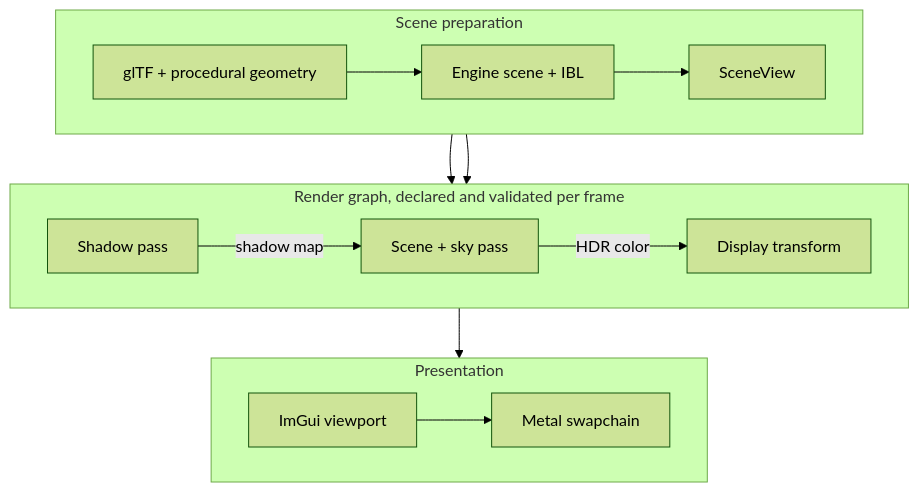
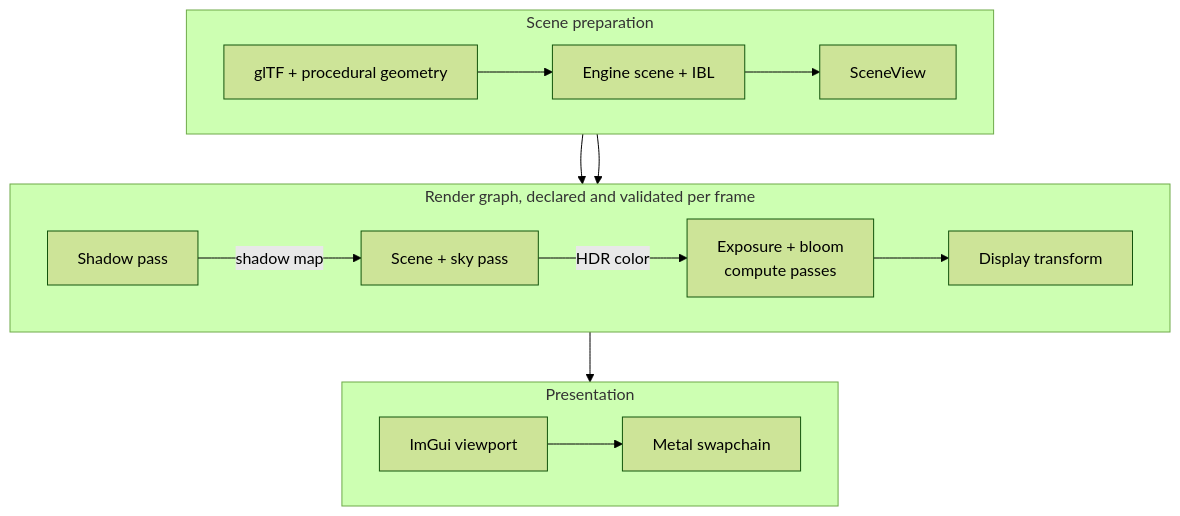
Before and after one commit to AmanThuL/Luminex: the first of 2 diagrams in README.md, drawn with Mermaid (forest theme). The commit also changed other lines of this file and 84 other files, not shown here.

First line of the commit message:
render: add graph execution and GPU diagnostics (M5, #10)

````diff
--- a/README.md
+++ b/README.md
@@ -40,18 +40,18 @@
 ```mermaid
 flowchart TB
     subgraph Scene["Scene preparation"]
         direction LR
         Assets["glTF + procedural geometry"] --> Engine["Engine scene + IBL"] --> View["SceneView"]
     end
     subgraph Frame["Render graph, declared and validated per frame"]
         direction LR
-        Shadow["Shadow pass"] -->|shadow map| Scene2["Scene + sky pass"] -->|HDR color| Display["Display transform"]
+        Shadow["Shadow pass"] -->|shadow map| Scene2["Scene + sky pass"] -->|HDR color| Post["Exposure + bloom<br/>compute passes"] --> Display["Display transform"]
     end
     subgraph Presentation
         direction LR
         UI["ImGui viewport"] --> Present["Metal swapchain"]
     end
     View --> Shadow
     View --> Scene2
     Display --> UI
 ```
````
